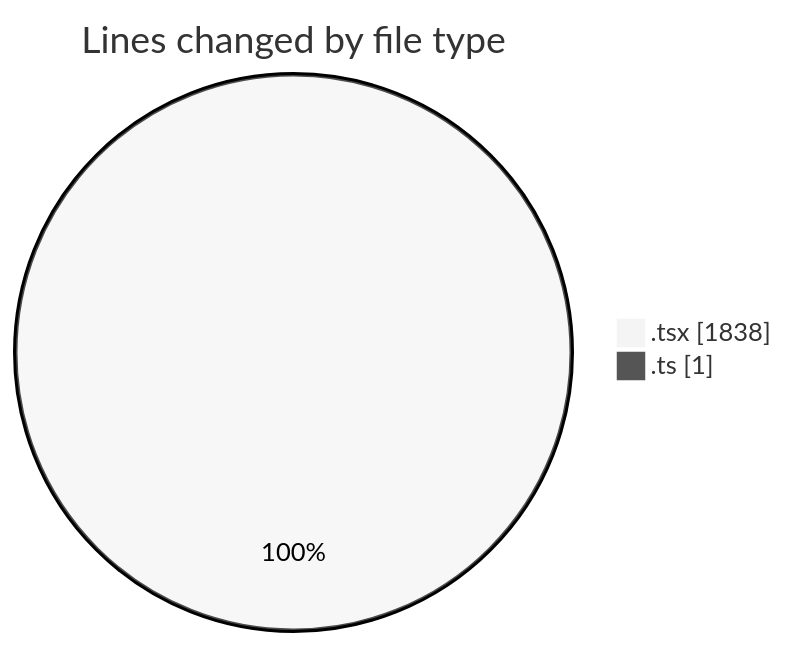
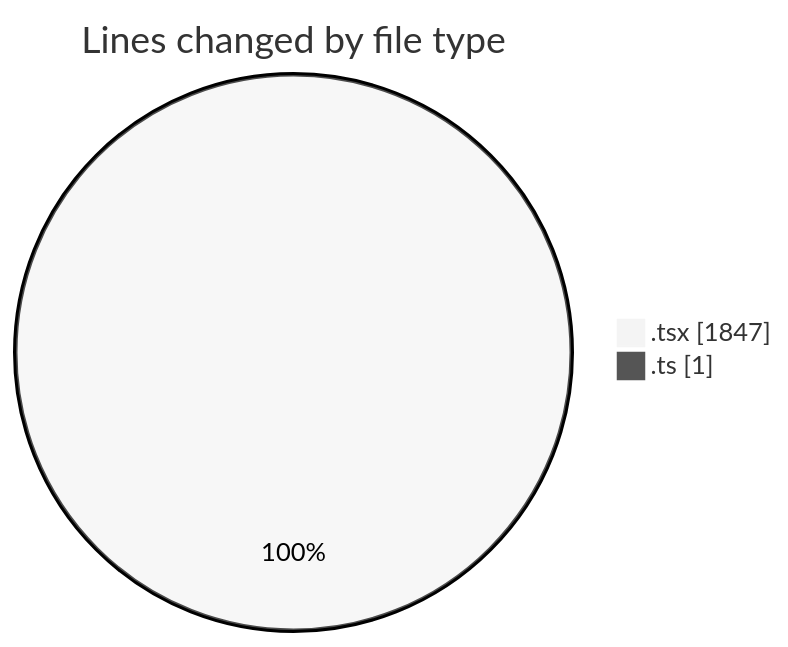
Before and after one commit to robertbonfada/code-tracking: the first of 2 diagrams in 2025-03-08/mbc-web/README.md, drawn with Mermaid (neutral theme). The commit also changed other lines of this file and 1 other file, not shown here.

````diff
--- a/2025-03-08/mbc-web/README.md
+++ b/2025-03-08/mbc-web/README.md
@@ -28,6 +28,6 @@
 ```mermaid
 pie showData
 title Lines changed by file type
-".tsx" : 1838
+".tsx" : 1847
 ".ts" : 1
 ```
````
